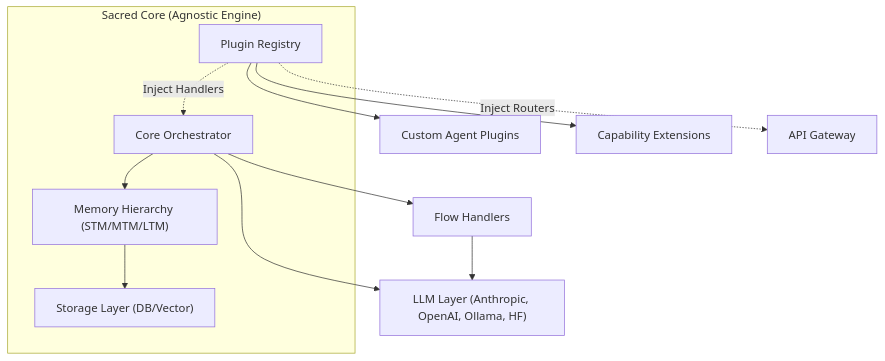
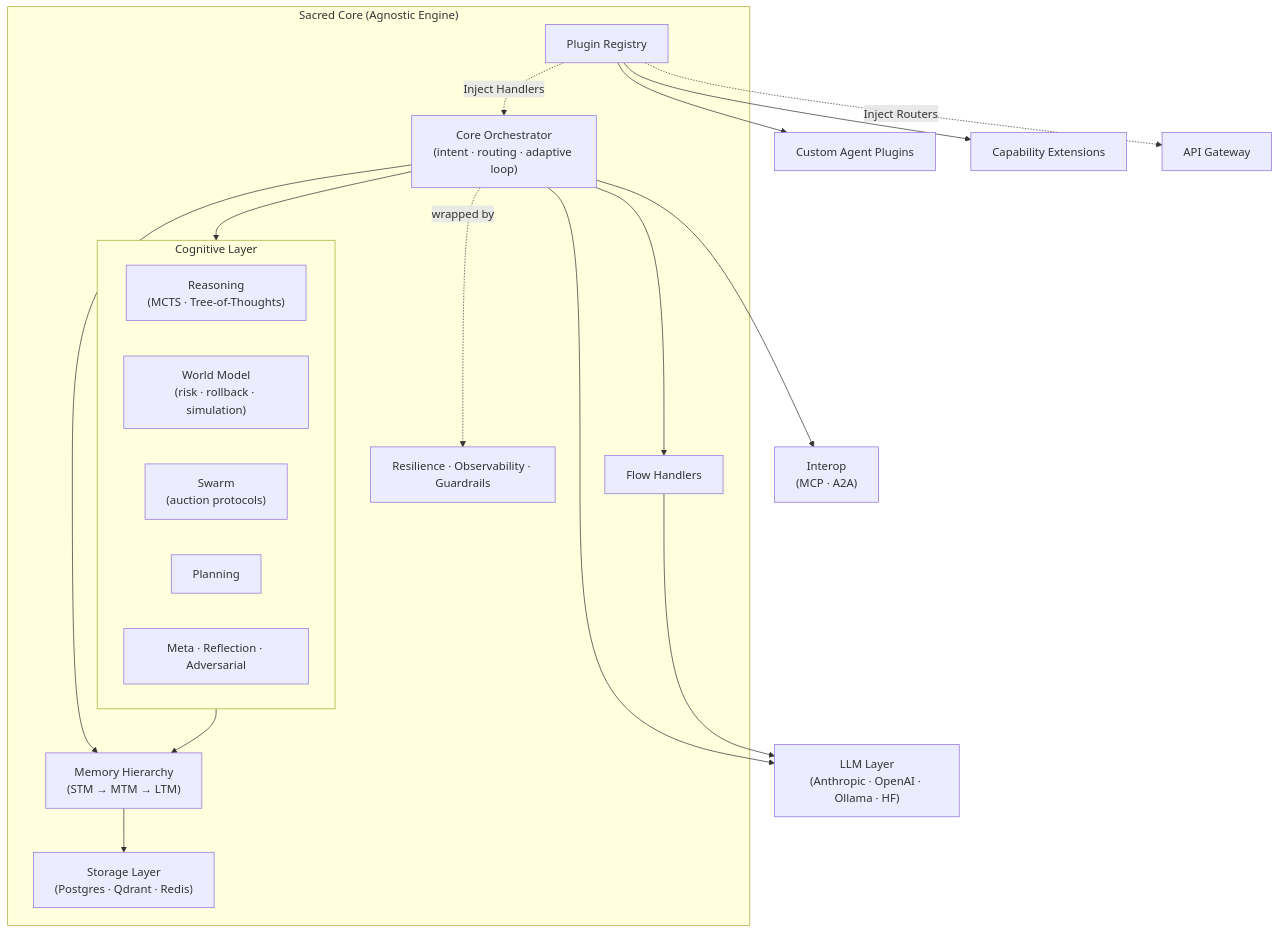
One commit to baselithcore/baselithcore changed the diagram in README.md. Above: the diagram before and after it, drawn with Mermaid. The commit also changed other lines of this file and 21 other files, not shown here.

````diff
--- a/README.md
+++ b/README.md
@@ -48,22 +48,37 @@
 ```mermaid
 graph TD
-    subgraph "Sacred Core (Agnostic Engine)"
-        A["Core Orchestrator"]
-        M["Memory Hierarchy (STM/MTM/LTM)"]
-        S["Storage Layer (DB/Vector)"]
+    subgraph SC["Sacred Core (Agnostic Engine)"]
+        A["Core Orchestrator<br/>(intent · routing · adaptive loop)"]
+        F["Flow Handlers"]
+
+        subgraph COG["Cognitive Layer"]
+            RE["Reasoning<br/>(MCTS · Tree-of-Thoughts)"]
+            WM["World Model<br/>(risk · rollback · simulation)"]
+            SW["Swarm<br/>(auction protocols)"]
+            PL["Planning"]
+            MT["Meta · Reflection · Adversarial"]
+        end
+
+        M["Memory Hierarchy<br/>(STM → MTM → LTM)"]
+        S["Storage Layer<br/>(Postgres · Qdrant · Redis)"]
         R["Plugin Registry"]
+        RES["Resilience · Observability · Guardrails"]
     end
+
+    A --> COG
+    A --> F
+    A --> M
+    M --> S
+    COG --> M
 
     R --> C["Custom Agent Plugins"]
     R --> D["Capability Extensions"]
-    
-    A --> M
-    M --> S
-    A --> F["Flow Handlers"]
-    
     R -.->|Inject Handlers| A
     R -.->|Inject Routers| G["API Gateway"]
-    
-    A --> H["LLM Layer (Anthropic, OpenAI, Ollama, HF)"]
+
+    A --> H["LLM Layer<br/>(Anthropic · OpenAI · Ollama · HF)"]
     F --> H
+
+    A --> I["Interop<br/>(MCP · A2A)"]
+    A -.->|wrapped by| RES
 ```
````
